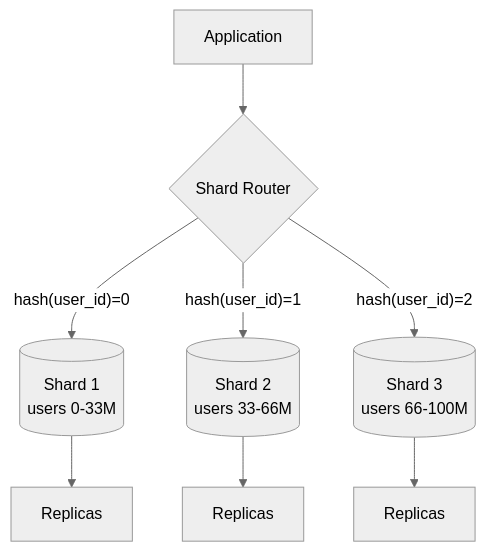
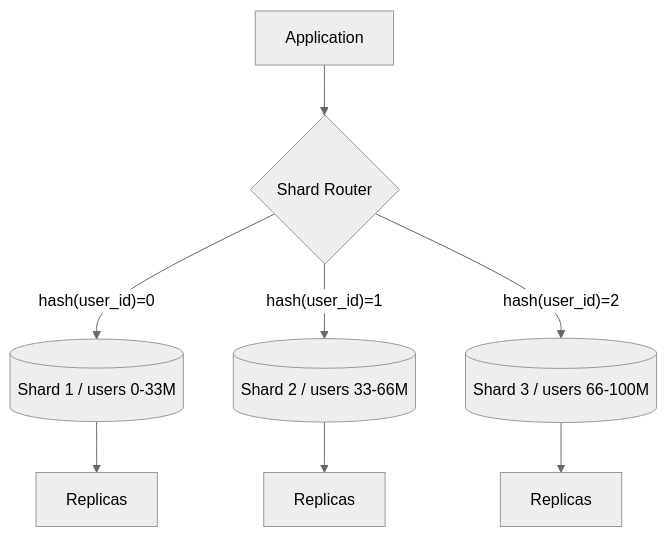
Before and after one commit to hareramcse/SystemDesign: the third of 36 diagrams in 05-distributed-databases/README.md, drawn with Mermaid (neutral theme). The commit also changed other lines of this file and 14 other files, not shown here.

````diff
--- a/05-distributed-databases/README.md
+++ b/05-distributed-databases/README.md
@@ -218,10 +218,10 @@
 ```mermaid
 flowchart TB
     App[Application] --> Router{Shard Router}
-    Router -->|"hash(user_id)=0"| S1[(Shard 1<br/>users 0-33M)]
-    Router -->|"hash(user_id)=1"| S2[(Shard 2<br/>users 33-66M)]
-    Router -->|"hash(user_id)=2"| S3[(Shard 3<br/>users 66-100M)]
+    Router -->|"hash(user_id)=0"| S1[(Shard 1 / users 0-33M)]
+    Router -->|"hash(user_id)=1"| S2[(Shard 2 / users 33-66M)]
+    Router -->|"hash(user_id)=2"| S3[(Shard 3 / users 66-100M)]
     S1 --> R1[Replicas]
     S2 --> R2[Replicas]
     S3 --> R3[Replicas]
 ```
````
